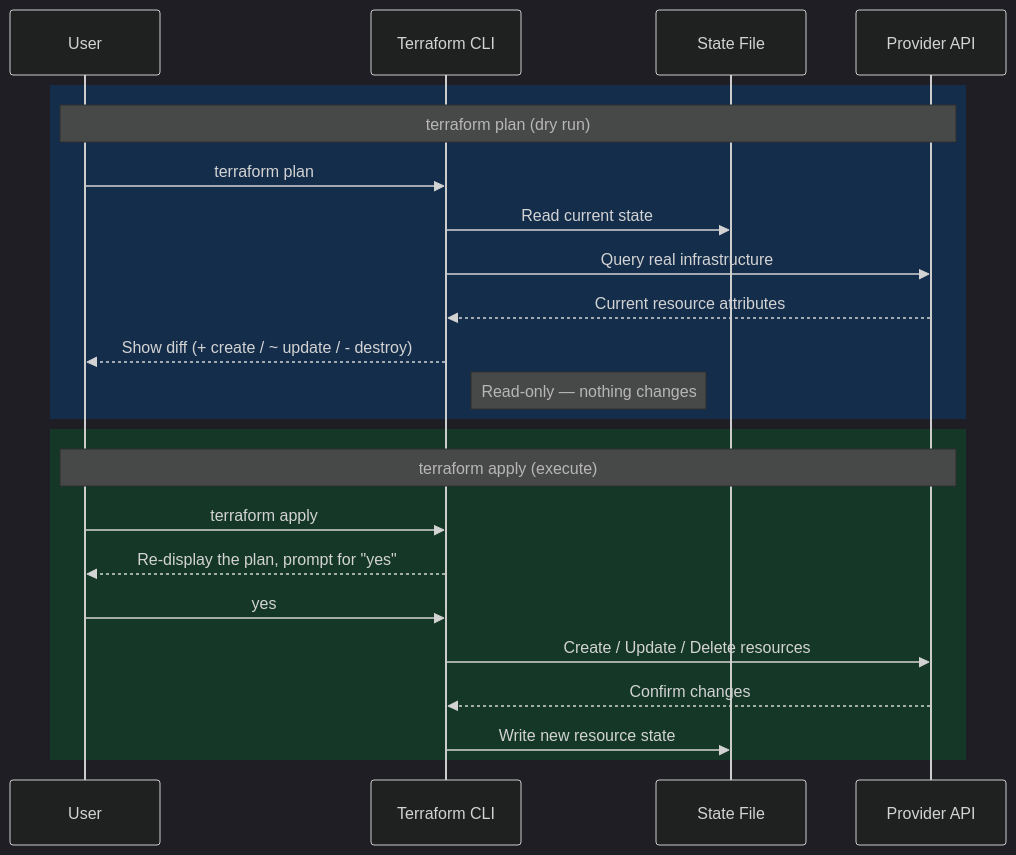
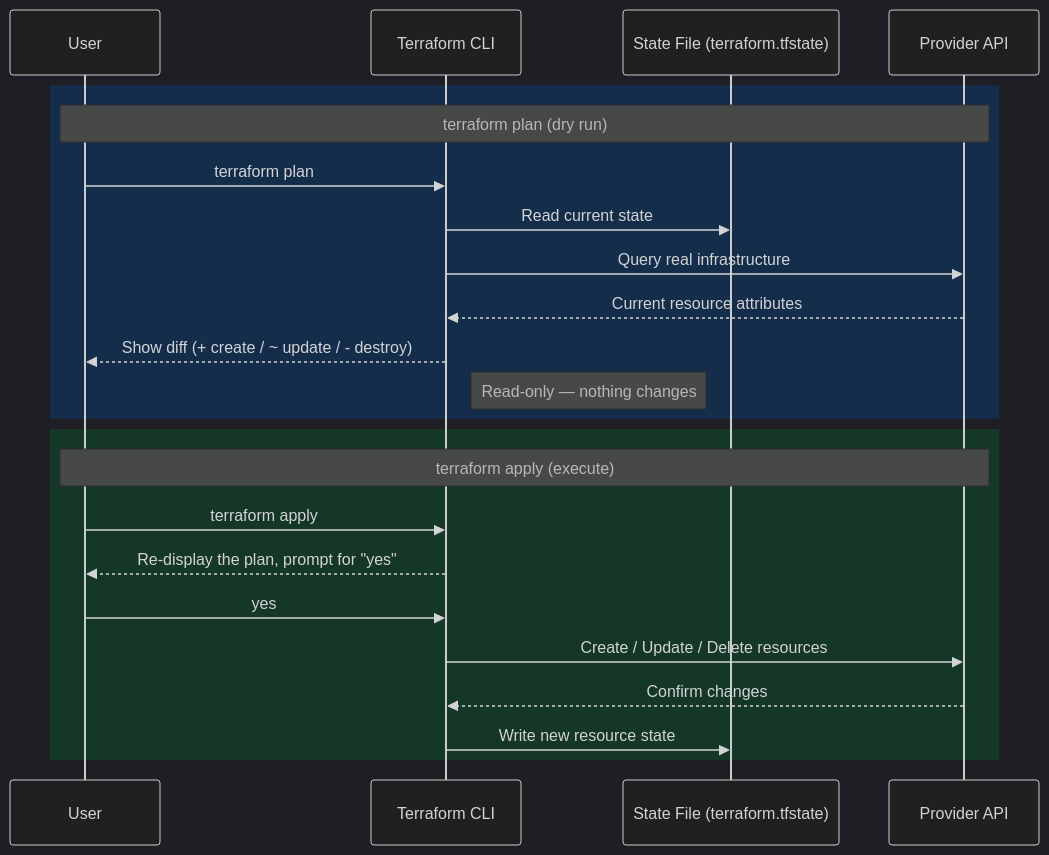
The diagram in 03_GettingStarted/02_HCL_Basics.md (nirajp82/Terraform_Basics), drawn with Mermaid before and after one commit. The commit also changed other lines of this file and 1 other file, not shown here.

````diff
--- a/03_GettingStarted/02_HCL_Basics.md
+++ b/03_GettingStarted/02_HCL_Basics.md
@@ -145,28 +153,28 @@
 ```mermaid
 %%{init: {'theme': 'dark', 'flowchart': {'htmlLabels': true}}}%%
 sequenceDiagram
     participant U as User
     participant T as Terraform CLI
-    participant S as State File
+    participant S as State File (terraform.tfstate)
     participant P as Provider API
 
     rect rgb(20, 45, 75)
     Note over U,P: terraform plan (dry run)
     U->>T: terraform plan
     T->>S: Read current state
     T->>P: Query real infrastructure
     P-->>T: Current resource attributes
     T-->>U: Show diff (+ create / ~ update / - destroy)
     Note right of T: Read-only — nothing changes
     end
 
     rect rgb(20, 55, 40)
     Note over U,P: terraform apply (execute)
     U->>T: terraform apply
     T-->>U: Re-display the plan, prompt for "yes"
     U->>T: yes
     T->>P: Create / Update / Delete resources
     P-->>T: Confirm changes
     T->>S: Write new resource state
     end
 ```
````
